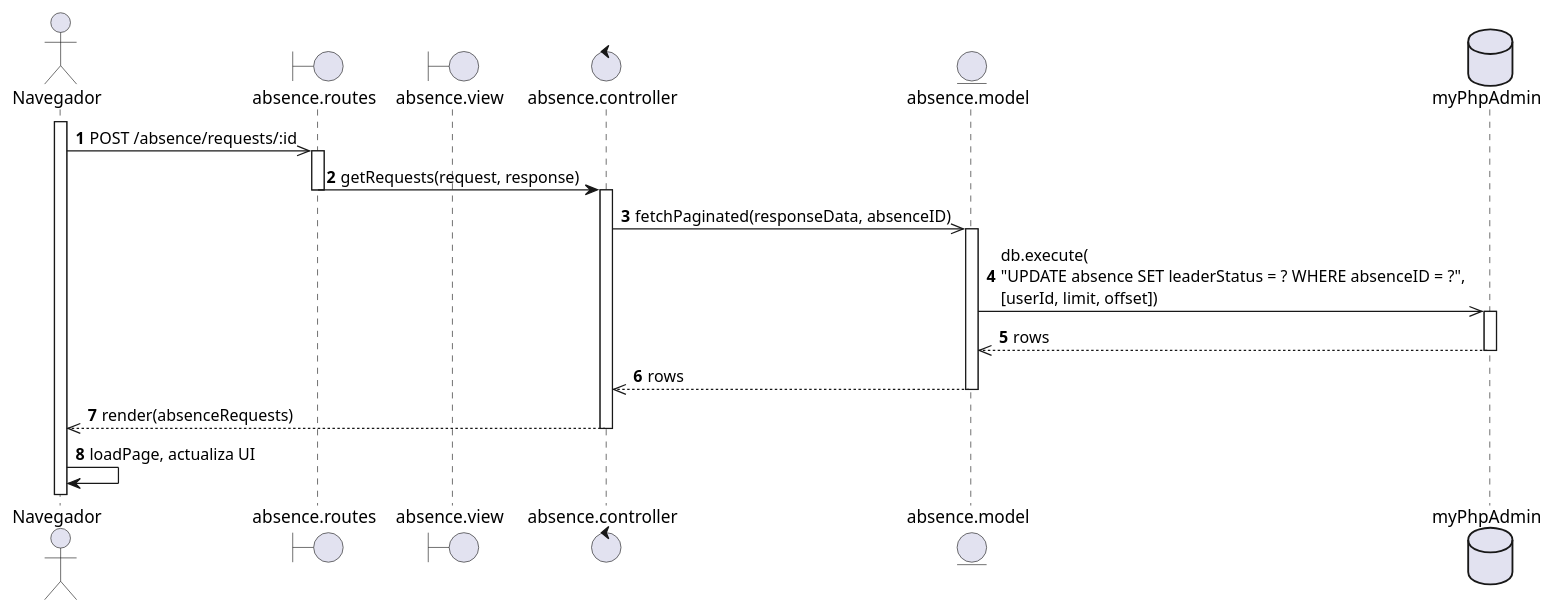
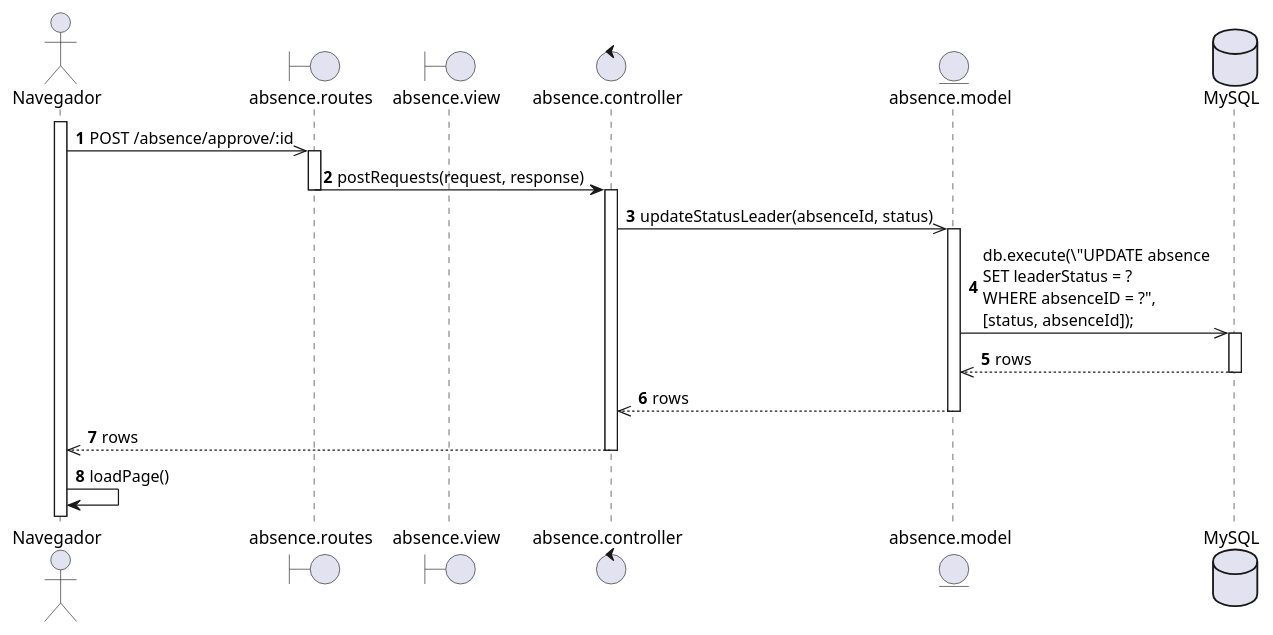
The diagram in diagrams/Casos de Uso/Mauricio/diagrama de secuencia/CU018.puml (EdCanCe/WorkCells), drawn with PlantUML before and after one commit. The commit also changed 57 other files, not shown here.

```diff
--- a/diagrams/Casos de Uso/Mauricio/diagrama de secuencia/CU018.puml
+++ b/diagrams/Casos de Uso/Mauricio/diagrama de secuencia/CU018.puml
@@ -1,41 +1,41 @@
 @startuml CU018 - Líder registra respuesta hacia ausencia de colaborador - Diagrama de secuencia
 actor Navegador
 boundary "absence.routes" as Routes
 boundary "absence.view" as View
 control "absence.controller" as Controller
 entity "absence.model" as Model
-database "myPhpAdmin" as DB
+database "MySQL" as DB
 
 autonumber
 
 ' El Navegador envía la petición AJAX para registrar la respuesta a la ausencia
 activate Navegador
-Navegador ->> Routes: POST /absence/requests/:id
+Navegador ->> Routes: POST /absence/approve/:id
 
 activate Routes
-Routes -> Controller: getRequests(request, response)
+Routes -> Controller: postRequests(request, response)
 deactivate Routes
 activate Controller
 
 ' El controlador invoca al modelo para actualizar la respuesta de la ausencia
-Controller ->> Model: fetchPaginated(responseData, absenceID)
+Controller ->> Model: updateStatusLeader(absenceId, status)
 activate Model
 
 ' El modelo ejecuta la consulta en la base de datos
-Model ->> DB: db.execute(\n"UPDATE absence SET leaderStatus = ? WHERE absenceID = ?", \n[userId, limit, offset])
+Model ->> DB: db.execute(\"UPDATE absence \nSET leaderStatus = ? \nWHERE absenceID = ?", \n[status, absenceId]);
 activate DB
 DB -->> Model: rows
 deactivate DB
 
 Model -->> Controller: rows
 deactivate Model
 
 ' El controlador procesa el resultado y prepara la respuesta para la vista (AJAX JSON o fragmento HTML)
-Controller -->> Navegador: render(absenceRequests)
+Controller -->> Navegador: rows
 deactivate Controller
 
 
 ' El Navegador procesa la respuesta y actualiza la interfaz
-Navegador -> Navegador: loadPage, actualiza UI
+Navegador -> Navegador: loadPage()
 
 @enduml
```
